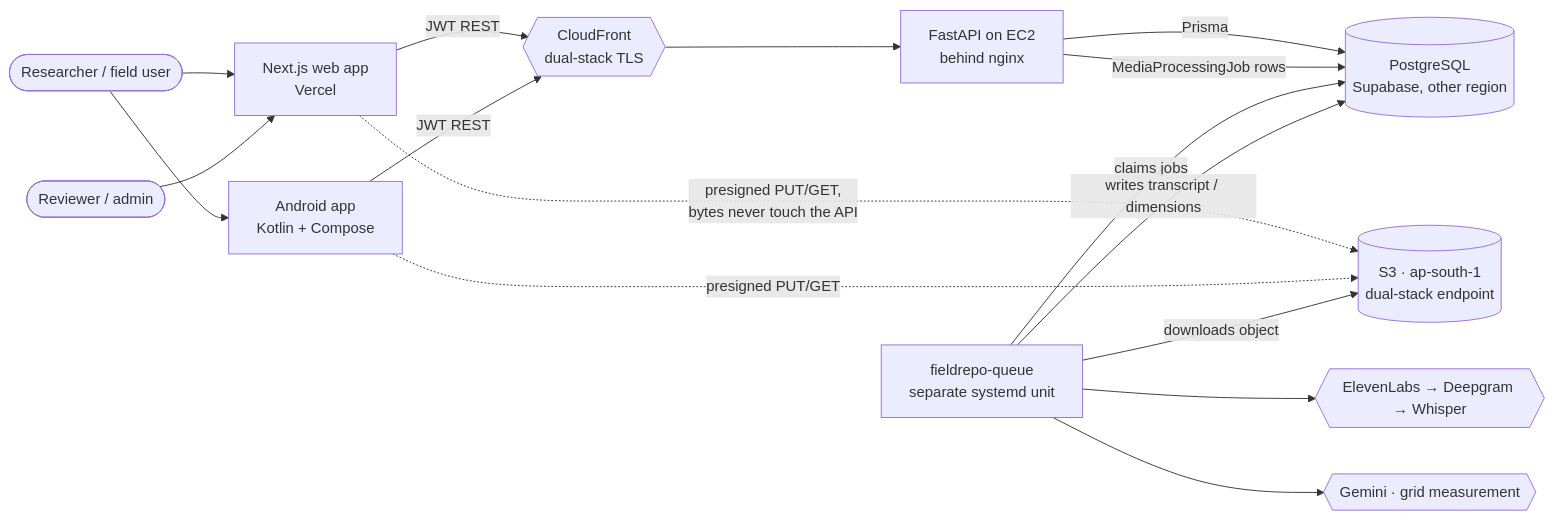
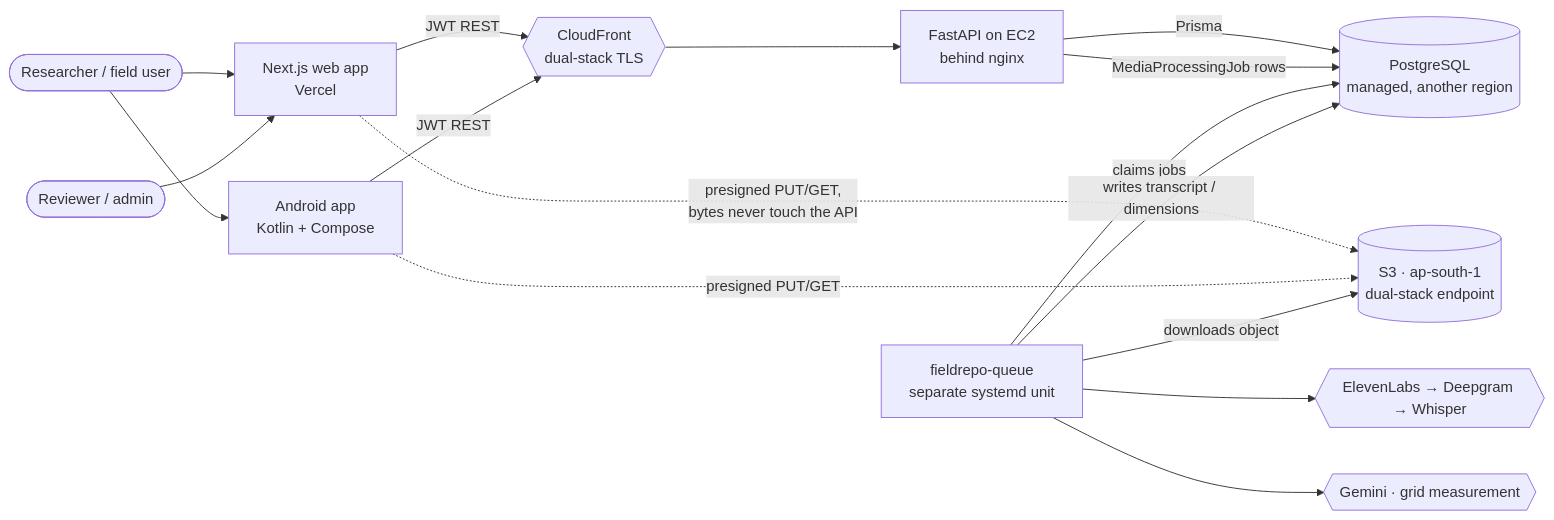
One commit to cxacraftecosystem-ui/designer-portal changed the first of 13 diagrams in docs/ARCHITECTURE.md. Above: the diagram before and after it, drawn with Mermaid. The commit also changed other lines of this file and 225 other files, not shown here.

````diff
--- a/docs/ARCHITECTURE.md
+++ b/docs/ARCHITECTURE.md
@@ -41,30 +41,30 @@
 ```mermaid
 flowchart LR
   researcher([Researcher / field user])
   admin([Reviewer / admin])
   web[Next.js web app<br/>Vercel]
   android[Android app<br/>Kotlin + Compose]
   cf{{CloudFront<br/>dual-stack TLS}}
   api[FastAPI on EC2<br/>behind nginx]
-  db[(PostgreSQL<br/>Supabase, other region)]
+  db[(PostgreSQL<br/>managed, another region)]
   s3[(S3 · ap-south-1<br/>dual-stack endpoint)]
   worker[fieldrepo-queue<br/>separate systemd unit]
   stt{{ElevenLabs → Deepgram → Whisper}}
   gem{{Gemini · grid measurement}}
 
   researcher --> web
   researcher --> android
   admin --> web
   web -->|JWT REST| cf
   android -->|JWT REST| cf
   cf --> api
   api -->|Prisma| db
   web -.->|presigned PUT/GET,<br/>bytes never touch the API| s3
   android -.->|presigned PUT/GET| s3
   api -->|MediaProcessingJob rows| db
   worker -->|claims jobs| db
   worker -->|downloads object| s3
   worker --> stt
   worker --> gem
   worker -->|writes transcript / dimensions| db
 ```
````
